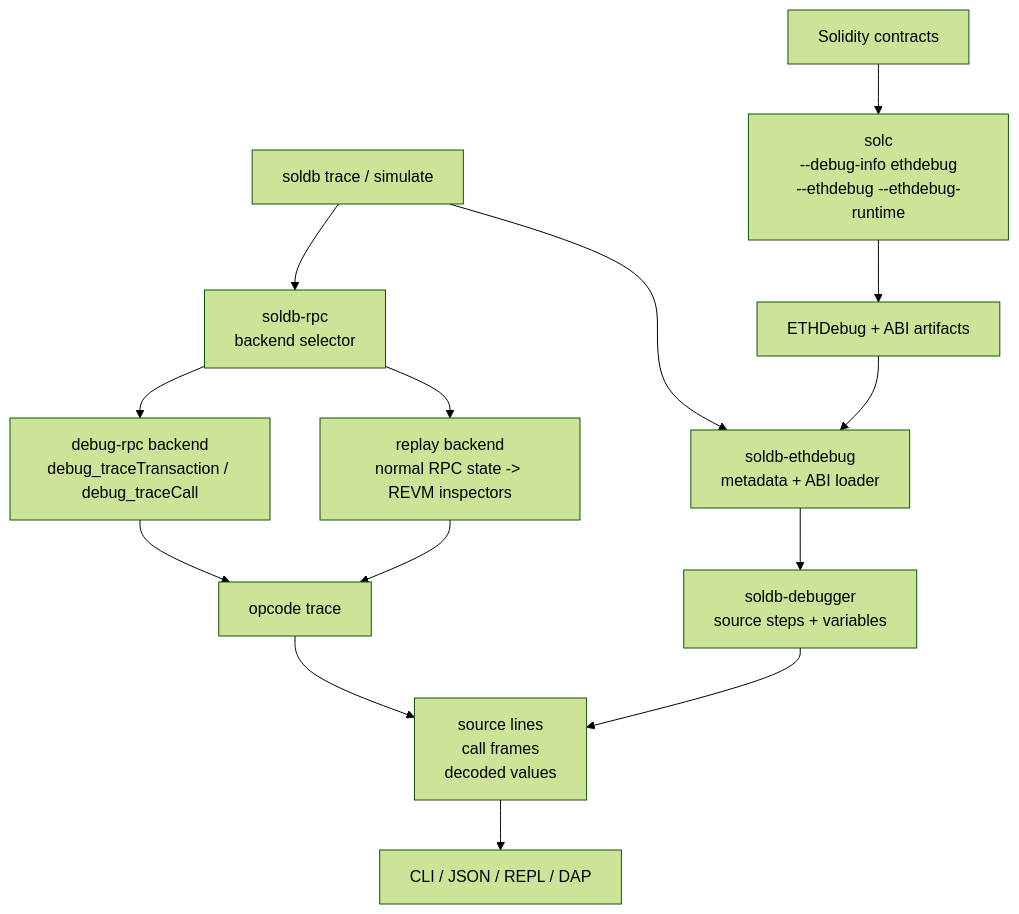
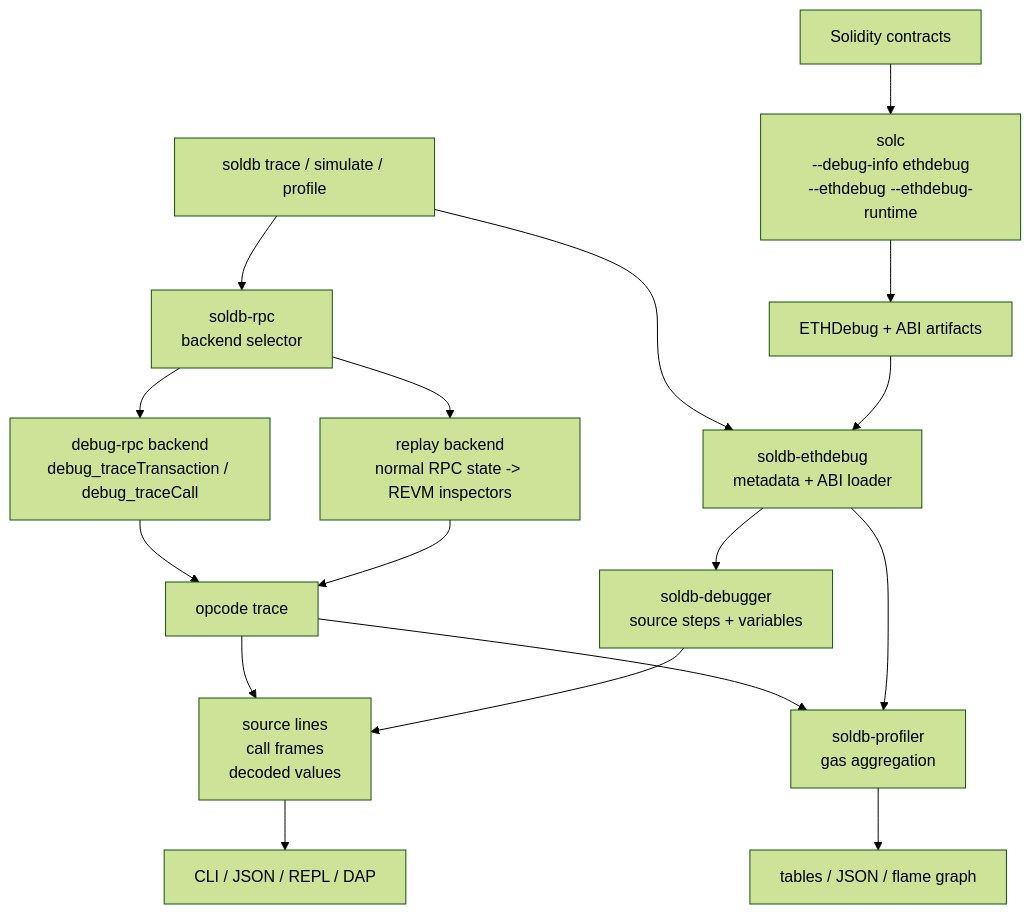
Before and after one commit to walnuthq/soldb: the diagram in README.md, drawn with Mermaid (forest theme). The commit also changed other lines of this file and 20 other files, not shown here.

First line of the commit message:
feat(profiler): add source gas profiles

````diff
--- a/README.md
+++ b/README.md
@@ -141,19 +155,22 @@
 ```mermaid
 flowchart TD
     contracts["Solidity contracts"] --> solc["solc<br/>--debug-info ethdebug<br/>--ethdebug --ethdebug-runtime"]
     solc --> artifacts["ETHDebug + ABI artifacts"]
 
-    cli["soldb trace / simulate"] --> metadata["soldb-ethdebug<br/>metadata + ABI loader"]
+    cli["soldb trace / simulate / profile"] --> metadata["soldb-ethdebug<br/>metadata + ABI loader"]
     artifacts --> metadata
 
     cli --> selector["soldb-rpc<br/>backend selector"]
     selector --> debug_rpc["debug-rpc backend<br/>debug_traceTransaction / debug_traceCall"]
     selector --> replay["replay backend<br/>normal RPC state -> REVM inspectors"]
 
     debug_rpc --> opcode_trace["opcode trace"]
     replay --> opcode_trace
     metadata --> debugger["soldb-debugger<br/>source steps + variables"]
     opcode_trace --> enriched
     debugger --> enriched["source lines<br/>call frames<br/>decoded values"]
     enriched --> outputs["CLI / JSON / REPL / DAP"]
+    opcode_trace --> profiler["soldb-profiler<br/>gas aggregation"]
+    metadata --> profiler
+    profiler --> profile_outputs["tables / JSON / flame graph"]
 ```
````
